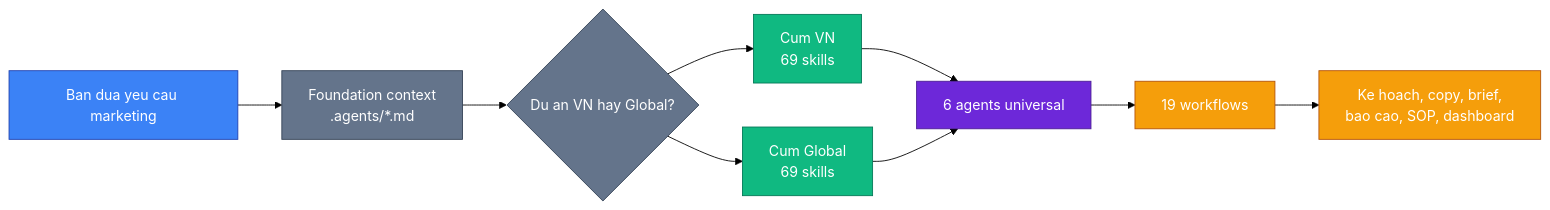
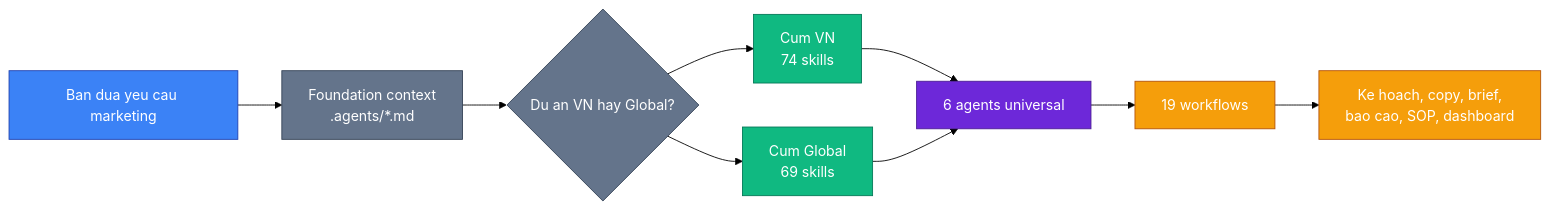
One commit to minhnv0807/ai-business-skills changed the first of 6 diagrams in README.vi.md. Above: the diagram before and after it, drawn with Mermaid (forest theme). The commit also changed other lines of this file and 162 other files, not shown here.

````diff
--- a/README.vi.md
+++ b/README.vi.md
@@ -65,23 +65,23 @@
 ```mermaid
 flowchart LR
     UserRequest["Ban dua yeu cau marketing"] --> Context["Foundation context<br/>.agents/*.md"]
     Context --> Router{"Du an VN hay Global?"}
-    Router --> VN["Cum VN<br/>69 skills"]
+    Router --> VN["Cum VN<br/>74 skills"]
     Router --> Global["Cum Global<br/>69 skills"]
     VN --> Agents["6 agents universal"]
     Global --> Agents
     Agents --> Workflows["19 workflows"]
     Workflows --> Output["Ke hoach, copy, brief,<br/>bao cao, SOP, dashboard"]
 
     classDef user fill:#3b82f6,stroke:#1e40af,color:#fff
     classDef system fill:#64748b,stroke:#334155,color:#fff
     classDef admin fill:#f59e0b,stroke:#b45309,color:#fff
     classDef cmsdev fill:#6d28d9,stroke:#4c1d95,color:#fff
     classDef db fill:#10b981,stroke:#047857,color:#fff
 
     class UserRequest user
     class Context,Router system
     class VN,Global db
     class Agents cmsdev
     class Workflows,Output admin
 ```
````
